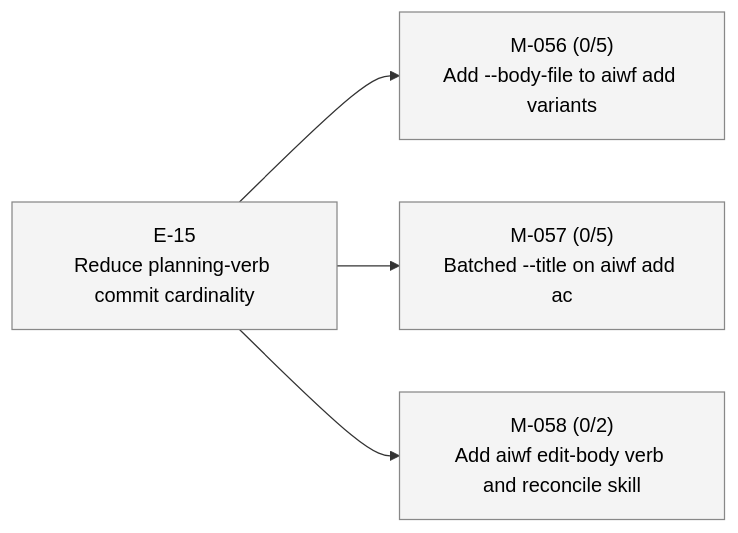
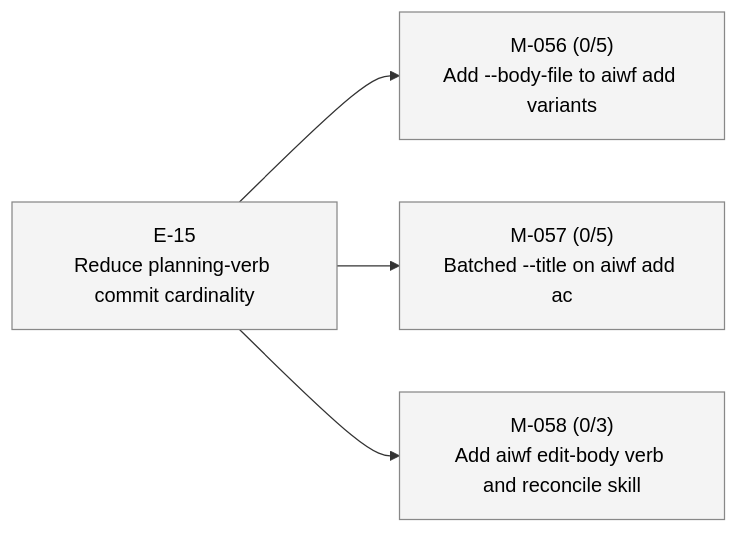
One commit to 23min/aiwf changed the third of 3 diagrams in STATUS.md. Above: the diagram before and after it, drawn with Mermaid. The commit also changed other lines of this file and 1 other file, not shown here.

First line of the commit message:
aiwf add ac M-058/AC-3 "aiwf-add skill text removes plain-git body-edit carve-out"

````diff
--- a/STATUS.md
+++ b/STATUS.md
@@ -69,16 +69,16 @@
 ```mermaid
 flowchart LR
   E_15["E-15<br/>Reduce planning-verb commit cardinality"]:::epic_proposed
   M_056["M-056 (0/5)<br/>Add --body-file to aiwf add variants"]:::ms_draft
   E_15 --> M_056
   M_057["M-057 (0/5)<br/>Batched --title on aiwf add ac"]:::ms_draft
   E_15 --> M_057
-  M_058["M-058 (0/2)<br/>Add aiwf edit-body verb and reconcile skill"]:::ms_draft
+  M_058["M-058 (0/3)<br/>Add aiwf edit-body verb and reconcile skill"]:::ms_draft
   E_15 --> M_058
   classDef epic_active fill:#d6eaff,stroke:#1a73e8,color:#000
   classDef epic_proposed fill:#f4f4f4,stroke:#888,color:#000
   classDef ms_done fill:#d8f5d8,stroke:#2a8a2a,color:#000
   classDef ms_in_progress fill:#fff3c4,stroke:#caa400,color:#000
   classDef ms_draft fill:#f4f4f4,stroke:#888,color:#000
   classDef ms_cancelled fill:#fbeaea,stroke:#c33,color:#000
 ```
````
